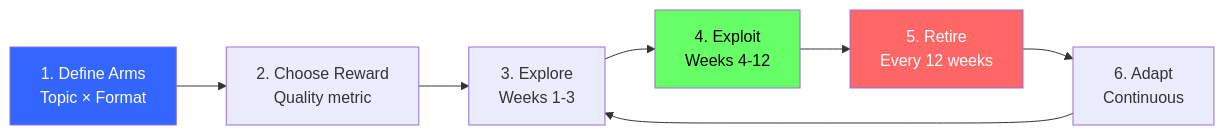
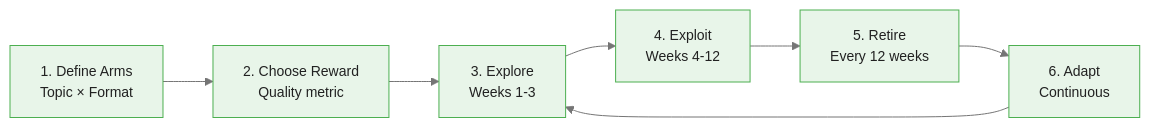
Before and after one commit to m-deane/course-creator: the first of 5 diagrams in courses/multi-armed-bandits-ab-testing/modules/module_04_content_growth_optimization/guides/cheatsheet_slides.md, drawn with Mermaid. The commit also changed other lines of this file and 146 other files, not shown here.

````diff
--- a/courses/multi-armed-bandits-ab-testing/modules/module_04_content_growth_optimization/guides/cheatsheet_slides.md
+++ b/courses/multi-armed-bandits-ab-testing/modules/module_04_content_growth_optimization/guides/cheatsheet_slides.md
@@ -20,13 +20,10 @@
 ```mermaid
+%%{init: {"theme": "base", "themeVariables": {"primaryColor": "#e8f5e9", "primaryBorderColor": "#4caf50", "primaryTextColor": "#212121", "secondaryColor": "#e3f2fd", "tertiaryColor": "#fff8e1", "lineColor": "#757575", "fontFamily": "Inter, sans-serif", "fontSize": "14px"}}}%%
 flowchart LR
     S1["1. Define Arms<br/>Topic × Format"] --> S2["2. Choose Reward<br/>Quality metric"]
     S2 --> S3["3. Explore<br/>Weeks 1-3"]
     S3 --> S4["4. Exploit<br/>Weeks 4-12"]
     S4 --> S5["5. Retire<br/>Every 12 weeks"]
     S5 --> S6["6. Adapt<br/>Continuous"]
     S6 --> S3
-
-    style S1 fill:#36f,color:#fff
-    style S4 fill:#6f6,color:#000
-    style S5 fill:#f66,color:#fff
 ```
````
